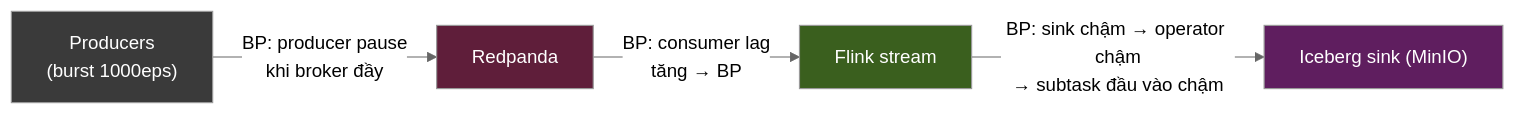
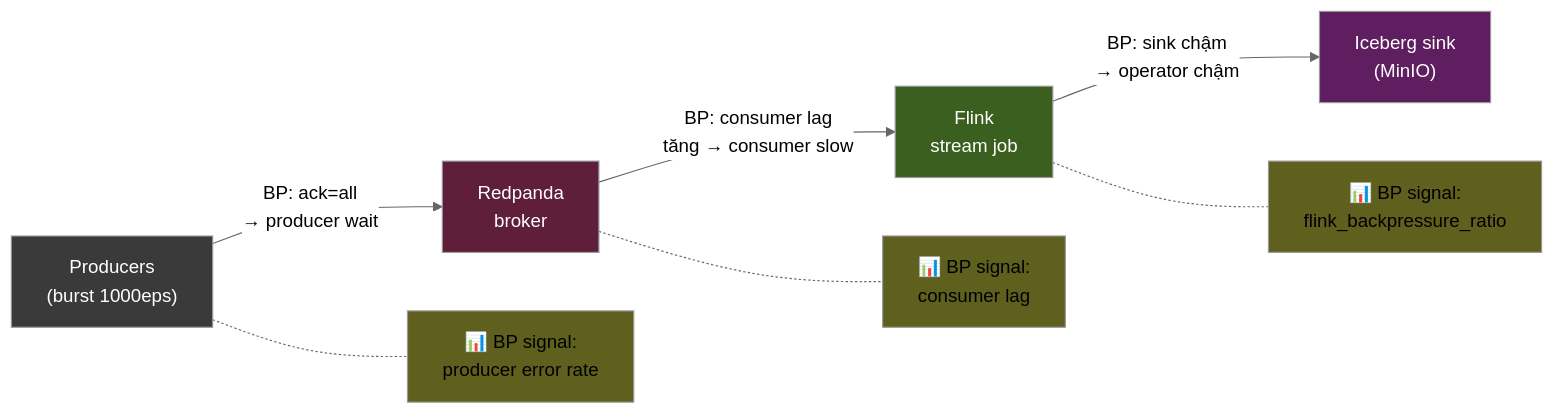
The first of 6 diagrams in learning/00-mental-models/07-backpressure.md (ankinguyen-engineer-2002/realtime-data-ai-platform-digital-twin), drawn with Mermaid (neutral theme) before and after one commit. The commit also changed other lines of this file and 3 other files, not shown here.

````diff
--- a/learning/00-mental-models/07-backpressure.md
+++ b/learning/00-mental-models/07-backpressure.md
@@ -41,17 +101,25 @@
 ```mermaid
 flowchart LR
     classDef src fill:#3a3a3a,color:#fff
     classDef k fill:#5f1e3a,color:#fff
     classDef f fill:#3a5f1e,color:#fff
     classDef l fill:#5f1e5f,color:#fff
     classDef bp fill:#5f5f1e,color:#000
 
     P["Producers<br/>(burst 1000eps)"]:::src
-    K["Redpanda"]:::k
-    FL["Flink stream"]:::f
-    LK["Iceberg sink (MinIO)"]:::l
+    K["Redpanda<br/>broker"]:::k
+    FL["Flink<br/>stream job"]:::f
+    LK["Iceberg sink<br/>(MinIO)"]:::l
 
-    P -->|"BP: producer pause<br/>khi broker đầy"| K
-    K -->|"BP: consumer lag<br/>tăng → BP"| FL
-    FL -->|"BP: sink chậm → operator chậm<br/>→ subtask đầu vào chậm"| LK
+    P -->|"BP: ack=all<br/>→ producer wait"| K
+    K -->|"BP: consumer lag<br/>tăng → consumer slow"| FL
+    FL -->|"BP: sink chậm<br/>→ operator chậm"| LK
+
+    BP1["📊 BP signal:<br/>producer error rate"]:::bp
+    BP2["📊 BP signal:<br/>consumer lag"]:::bp
+    BP3["📊 BP signal:<br/>flink_backpressure_ratio"]:::bp
+
+    P -.- BP1
+    K -.- BP2
+    FL -.- BP3
 ```
````
